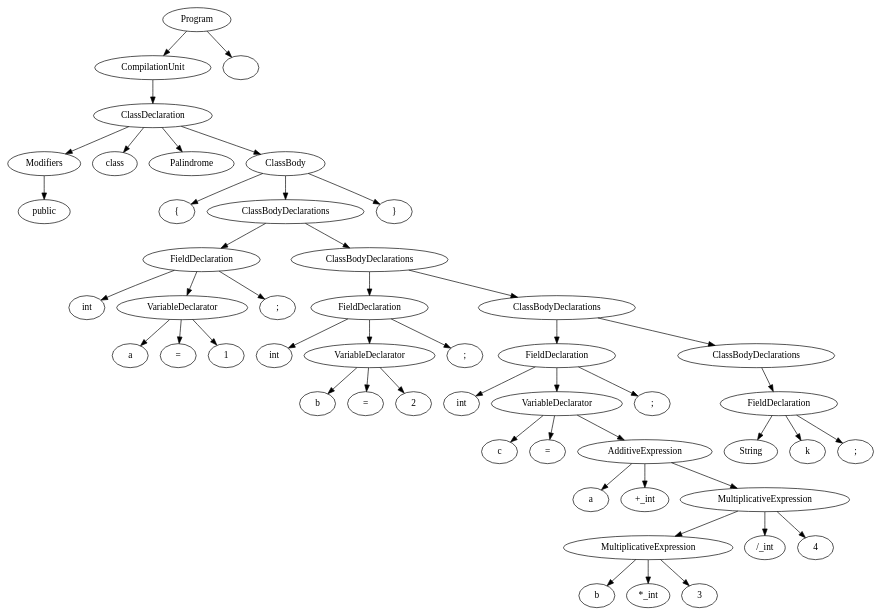
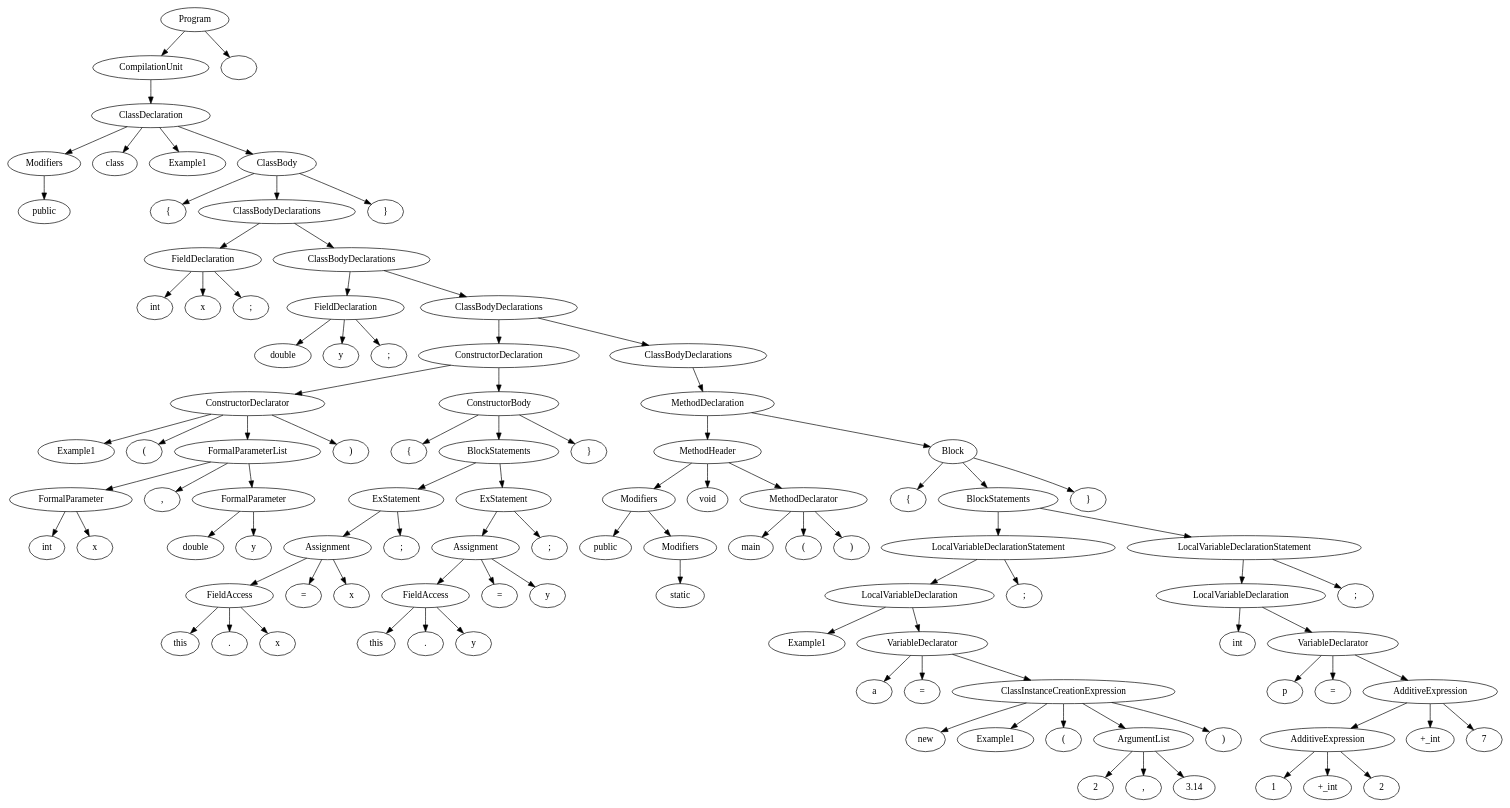
One commit to sandeepb20/Milestone changed the diagram in cs335_project_200530/src/out.dot. Above: the diagram before and after it, drawn with Graphviz. The commit also changed 3 other files, not shown here.

```diff
--- a/cs335_project_200530/src/out.dot
+++ b/cs335_project_200530/src/out.dot
@@ -3,97 +3,205 @@
 n2 [label="Modifiers"]
 n2->n1;
 n3 [label="class"]
-n4 [label="Palindrome"]
+n4 [label="Example1"]
 n5 [label="{"]
 n6 [label="int"]
-n7 [label="a"]
-n8 [label="="]
-n9 [label="1"]
-n10 [label="VariableDeclarator"]
-n10->n9;
-n10->n8;
-n10->n7;
-n11 [label=";"]
-n12 [label="FieldDeclaration"]
-n12->n11;
-n12->n10;
-n12->n6;
-n13 [label="int"]
-n14 [label="b"]
-n15 [label="="]
-n16 [label="2"]
-n17 [label="VariableDeclarator"]
-n17->n16;
-n17->n15;
-n17->n14;
-n18 [label=";"]
-n19 [label="FieldDeclaration"]
-n19->n18;
-n19->n17;
-n19->n13;
-n20 [label="int"]
-n21 [label="c"]
-n22 [label="="]
-n23 [label="a"]
-n24 [label="+_int"]
-n25 [label="b"]
-n26 [label="*_int"]
-n27 [label="3"]
-n28 [label="MultiplicativeExpression"]
-n28->n27;
-n28->n26;
-n28->n25;
-n29 [label="/_int"]
-n30 [label="4"]
-n31 [label="MultiplicativeExpression"]
-n31->n30;
-n31->n29;
-n31->n28;
-n32 [label="AdditiveExpression"]
-n32->n31;
-n32->n24;
-n32->n23;
-n33 [label="VariableDeclarator"]
+n7 [label="x"]
+n8 [label=";"]
+n9 [label="FieldDeclaration"]
+n9->n8;
+n9->n7;
+n9->n6;
+n10 [label="double"]
+n11 [label="y"]
+n12 [label=";"]
+n13 [label="FieldDeclaration"]
+n13->n12;
+n13->n11;
+n13->n10;
+n14 [label="Example1"]
+n15 [label="("]
+n16 [label="int"]
+n17 [label="x"]
+n18 [label="FormalParameter"]
+n18->n17;
+n18->n16;
+n19 [label=","]
+n20 [label="double"]
+n21 [label="y"]
+n22 [label="FormalParameter"]
+n22->n21;
+n22->n20;
+n23 [label="FormalParameterList"]
+n23->n22;
+n23->n19;
+n23->n18;
+n24 [label=")"]
+n25 [label="ConstructorDeclarator"]
+n25->n24;
+n25->n23;
+n25->n15;
+n25->n14;
+n26 [label="{"]
+n27 [label="this"]
+n28 [label="."]
+n29 [label="x"]
+n30 [label="FieldAccess"]
+n30->n29;
+n30->n28;
+n30->n27;
+n31 [label="="]
+n32 [label="x"]
+n33 [label="Assignment"]
 n33->n32;
-n33->n22;
-n33->n21;
+n33->n31;
+n33->n30;
 n34 [label=";"]
-n35 [label="FieldDeclaration"]
+n35 [label="ExStatement"]
 n35->n34;
 n35->n33;
-n35->n20;
-n36 [label="String"]
-n37 [label="k"]
-n38 [label=";"]
-n39 [label="FieldDeclaration"]
+n36 [label="this"]
+n37 [label="."]
+n38 [label="y"]
+n39 [label="FieldAccess"]
 n39->n38;
 n39->n37;
 n39->n36;
-n40 [label="ClassBodyDeclarations"]
-n40->n39;
-n41 [label="ClassBodyDeclarations"]
-n41->n40;
-n41->n35;
-n42 [label="ClassBodyDeclarations"]
+n40 [label="="]
+n41 [label="y"]
+n42 [label="Assignment"]
 n42->n41;
-n42->n19;
-n43 [label="ClassBodyDeclarations"]
-n43->n42;
-n43->n12;
-n44 [label="}"]
-n45 [label="ClassBody"]
+n42->n40;
+n42->n39;
+n43 [label=";"]
+n44 [label="ExStatement"]
+n44->n43;
+n44->n42;
+n45 [label="BlockStatements"]
 n45->n44;
-n45->n43;
-n45->n5;
-n46 [label="ClassDeclaration"]
-n46->n45;
-n46->n4;
-n46->n3;
-n46->n2;
-n47 [label="CompilationUnit"]
+n45->n35;
+n46 [label="}"]
+n47 [label="ConstructorBody"]
 n47->n46;
-n48 [label="Program"]
-n48->n49;
+n47->n45;
+n47->n26;
+n48 [label="ConstructorDeclaration"]
 n48->n47;
-n49 [label=""]
+n48->n25;
+n49 [label="public"]
+n50 [label="static"]
+n51 [label="Modifiers"]
+n51->n50;
+n52 [label="Modifiers"]
+n52->n51;
+n52->n49;
+n53 [label="void"]
+n54 [label="main"]
+n55 [label="("]
+n56 [label=")"]
+n57 [label="MethodDeclarator"]
+n57->n56;
+n57->n55;
+n57->n54;
+n58 [label="MethodHeader"]
+n58->n57;
+n58->n53;
+n58->n52;
+n59 [label="{"]
+n60 [label="Example1"]
+n61 [label="a"]
+n62 [label="="]
+n63 [label="new"]
+n64 [label="Example1"]
+n65 [label="("]
+n66 [label="2"]
+n67 [label=","]
+n68 [label="3.14"]
+n69 [label="ArgumentList"]
+n69->n68;
+n69->n67;
+n69->n66;
+n70 [label=")"]
+n71 [label="ClassInstanceCreationExpression"]
+n71->n70;
+n71->n69;
+n71->n65;
+n71->n64;
+n71->n63;
+n72 [label="VariableDeclarator"]
+n72->n71;
+n72->n62;
+n72->n61;
+n73 [label="LocalVariableDeclaration"]
+n73->n72;
+n73->n60;
+n74 [label=";"]
+n75 [label="LocalVariableDeclarationStatement"]
+n75->n74;
+n75->n73;
+n76 [label="int"]
+n77 [label="p"]
+n78 [label="="]
+n79 [label="1"]
+n80 [label="+_int"]
+n81 [label="2"]
+n82 [label="AdditiveExpression"]
+n82->n81;
+n82->n80;
+n82->n79;
+n83 [label="+_int"]
+n84 [label="7"]
+n85 [label="AdditiveExpression"]
+n85->n84;
+n85->n83;
+n85->n82;
+n86 [label="VariableDeclarator"]
+n86->n85;
+n86->n78;
+n86->n77;
+n87 [label="LocalVariableDeclaration"]
+n87->n86;
+n87->n76;
+n88 [label=";"]
+n89 [label="LocalVariableDeclarationStatement"]
+n89->n88;
+n89->n87;
+n90 [label="BlockStatements"]
+n90->n89;
+n90->n75;
+n91 [label="}"]
+n92 [label="Block"]
+n92->n91;
+n92->n90;
+n92->n59;
+n93 [label="MethodDeclaration"]
+n93->n92;
+n93->n58;
+n94 [label="ClassBodyDeclarations"]
+n94->n93;
+n95 [label="ClassBodyDeclarations"]
+n95->n94;
+n95->n48;
+n96 [label="ClassBodyDeclarations"]
+n96->n95;
+n96->n13;
+n97 [label="ClassBodyDeclarations"]
+n97->n96;
+n97->n9;
+n98 [label="}"]
+n99 [label="ClassBody"]
+n99->n98;
+n99->n97;
+n99->n5;
+n100 [label="ClassDeclaration"]
+n100->n99;
+n100->n4;
+n100->n3;
+n100->n2;
+n101 [label="CompilationUnit"]
+n101->n100;
+n102 [label="Program"]
+n102->n103;
+n102->n101;
+n103 [label=""]
 }
```
